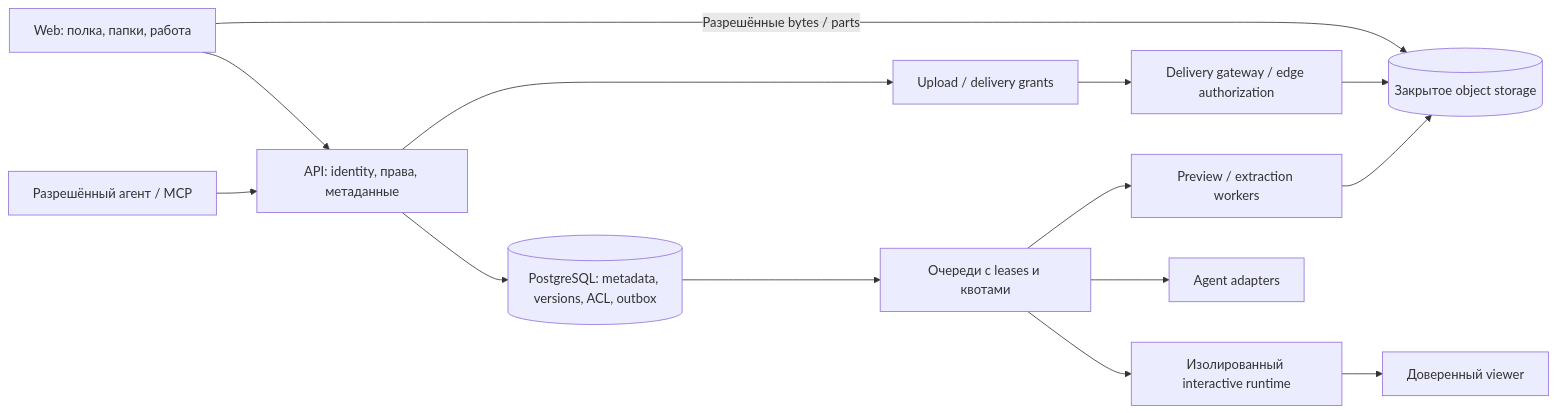
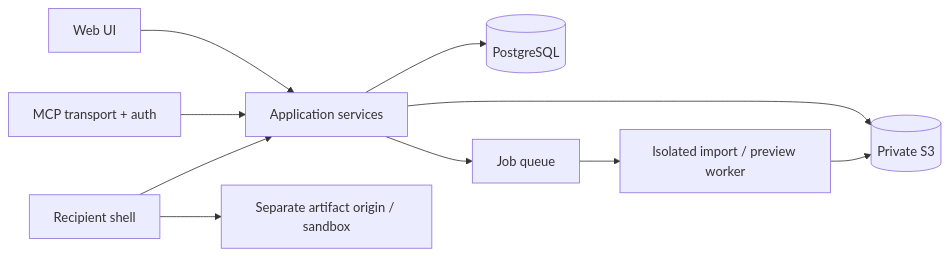
One commit to artkruglov/polka changed the diagram in docs/ARCHITECTURE.md. Above: the diagram before and after it, drawn with Mermaid. The commit also changed other lines of this file and 698 other files, not shown here.

````diff
--- a/docs/ARCHITECTURE.md
+++ b/docs/ARCHITECTURE.md
@@ -11,16 +13,12 @@
 ```mermaid
 flowchart LR
-  UI[Web: полка, папки, работа] --> API[API: identity, права, метаданные]
-  AG[Разрешённый агент / MCP] --> API
-  API --> DB[(PostgreSQL: metadata, versions, ACL, outbox)]
-  API --> GR[Upload / delivery grants]
-  UI -->|Разрешённые bytes / parts| OS[(Закрытое object storage)]
-  GR --> DG[Delivery gateway / edge authorization]
-  DG --> OS
-  DB --> JOB[Очереди с leases и квотами]
-  JOB --> PV[Preview / extraction workers]
-  JOB --> RT[Изолированный interactive runtime]
-  JOB --> AR[Agent adapters]
-  PV --> OS
-  RT --> VW[Доверенный viewer]
+ Web[Web UI] --> Service[Application services]
+ MCP[MCP transport + auth] --> Service
+ Service --> DB[(PostgreSQL)]
+ Service --> Objects[(Private S3)]
+ Service --> Jobs[Job queue]
+ Jobs --> Worker[Isolated import / preview worker]
+ Worker --> Objects
+ Reader[Recipient shell] --> Service
+ Reader --> Viewer[Separate artifact origin / sandbox]
 ```
````
